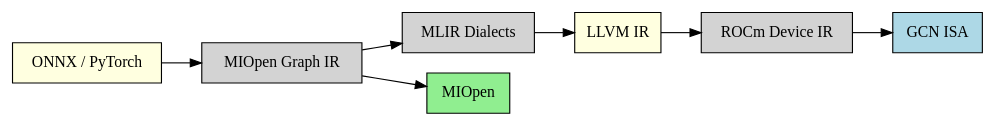
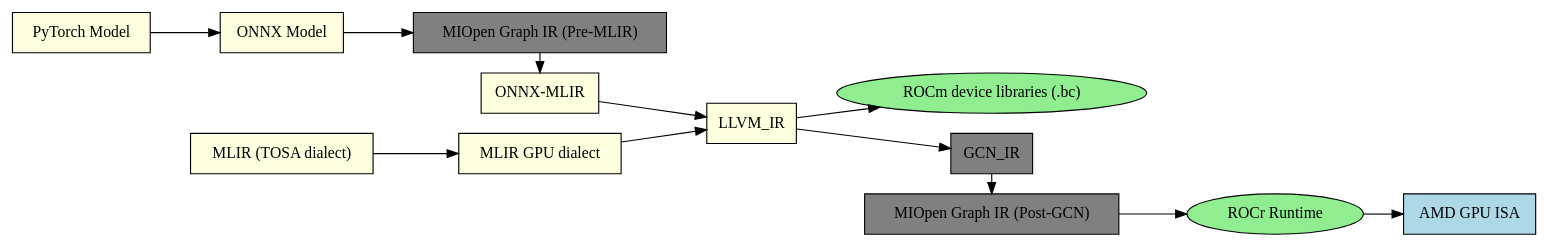
One commit to Jonathan2251/lbd changed the diagram in Fig/gpu/amd-flow.gv. Above: the diagram before and after it, drawn with Graphviz. The commit also changed 15 other files, not shown here.

```diff
--- a/Fig/gpu/amd-flow.gv
+++ b/Fig/gpu/amd-flow.gv
@@ -1,18 +1,41 @@
+digraph ROCm_Runtime_PyTorch_MIOpen_PreMLIR_Flow {
+    rankdir=LR;
+    node [shape=box];
 
-    digraph AMD_IR_Flow {
-        rankdir=LR;
+    // Entry points
+    PyTorch_Model [label="PyTorch Model", style=filled, fillcolor=lightyellow];
+    ONNX_Model [label="ONNX Model", style=filled, fillcolor=lightyellow];
+    MLIR_TOSA [label="MLIR (TOSA dialect)", style=filled, fillcolor=lightyellow];
 
-        node [shape=box];
+    // Pre-MLIR optimization
+    MIOpen_PreMLIR [label="MIOpen Graph IR (Pre-MLIR)", style=filled, fillcolor=gray];
 
-        "ONNX / PyTorch" [style=filled, fillcolor=lightyellow];
-        "MIOpen Graph IR" [style=filled, fillcolor=lightgray];
-        "MLIR Dialects" [style=filled, fillcolor=lightgray];
-        "LLVM IR" [style=filled, fillcolor=lightyellow];
-        "ROCm Device IR" [style=filled, fillcolor=lightgray];
-        "GCN ISA" [style=filled, fillcolor=lightblue];
-        MIOpen [style=filled, fillcolor=lightgreen];
+    // Compilation layers
+    ONNX_MLIR [label="ONNX-MLIR", style=filled, fillcolor=lightyellow];
+    MLIR_GPU [label="MLIR GPU dialect", style=filled, fillcolor=lightyellow];
+    LLVM_IR [style=filled, fillcolor=lightyellow];
+    ROCm_BC [label="ROCm device libraries (.bc)", shape=oval, style=filled, fillcolor=lightgreen];
+    GCN_IR [style=filled, fillcolor=gray];
 
-        "ONNX / PyTorch" -> "MIOpen Graph IR" -> "MLIR Dialects" -> "LLVM IR" -> 
-        "ROCm Device IR" -> "GCN ISA";
-        "MIOpen Graph IR" -> MIOpen;
-    }    
+    // Post-GCN optimization
+    MIOpen_IR [label="MIOpen Graph IR (Post-GCN)", style=filled, fillcolor=gray];
+
+    // Runtime layers
+    ROCr_Runtime [label="ROCr Runtime", shape=oval, style=filled, fillcolor=lightgreen];
+
+    // GPU Targets
+    GPU [label="AMD GPU ISA", style=filled, fillcolor=lightblue];
+ 
+   // Flow paths
+    PyTorch_Model -> ONNX_Model;
+    ONNX_Model -> MIOpen_PreMLIR -> ONNX_MLIR -> LLVM_IR;
+    MLIR_TOSA -> MLIR_GPU -> LLVM_IR;
+
+    LLVM_IR -> ROCm_BC;
+    LLVM_IR -> GCN_IR;
+    GCN_IR -> MIOpen_IR -> ROCr_Runtime -> GPU;
+
+    // === Layering for better spacing ===
+    { rank = same; MIOpen_PreMLIR; ONNX_MLIR }
+    { rank = same; GCN_IR; MIOpen_IR }
+}
```
